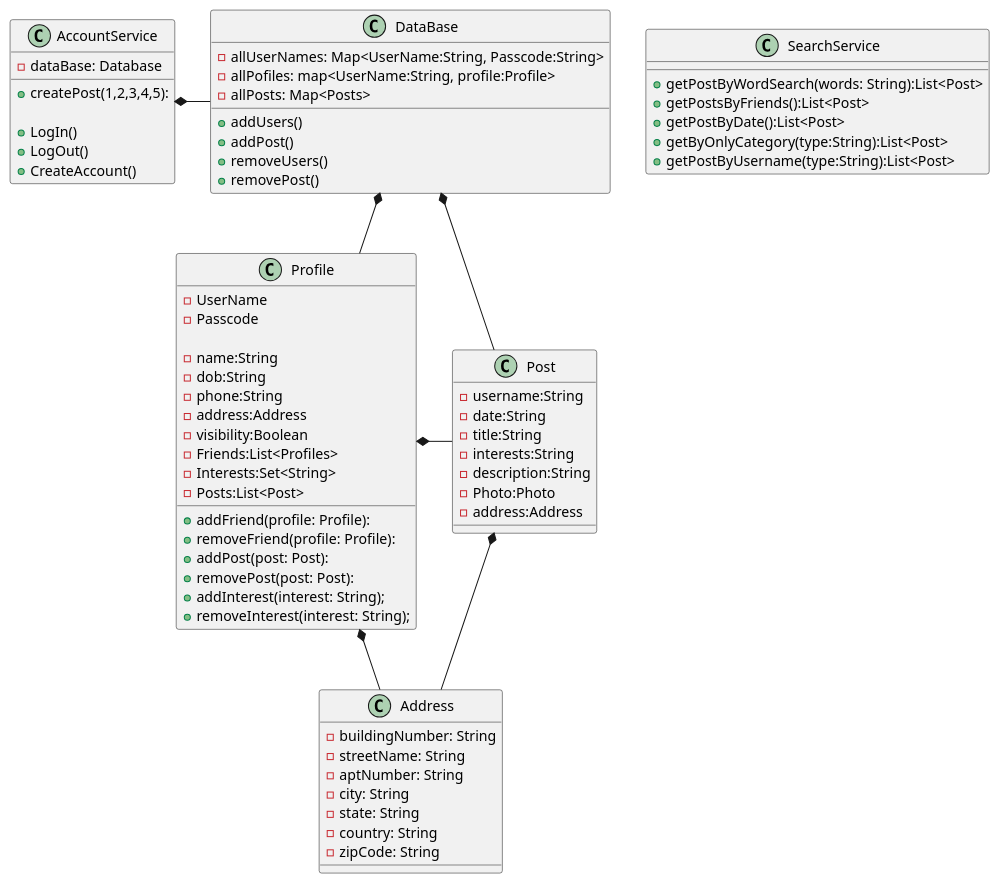
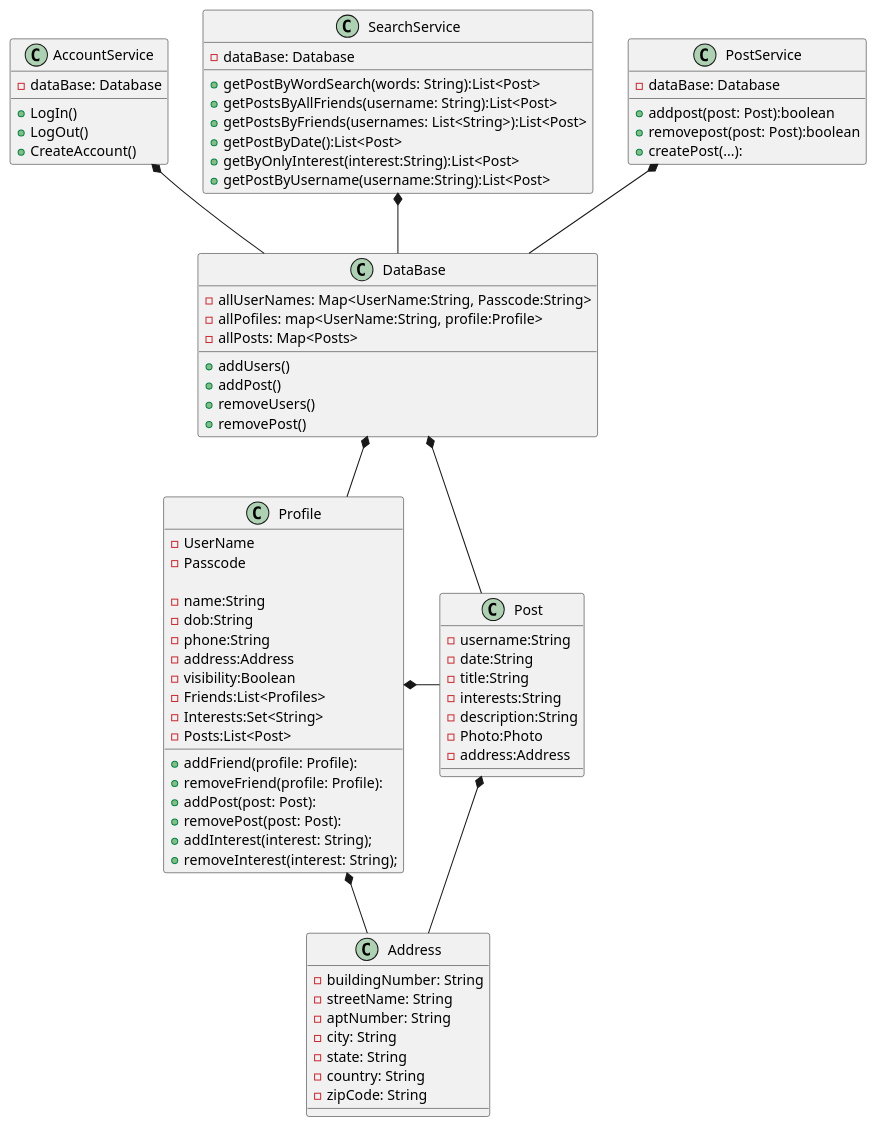
The diagram in src/main/resources/InterestServiceClassDiagram.puml (Fabdulla1/HobbyTree), drawn with PlantUML before and after one commit. The commit also changed 16 other files, not shown here.

Commit message:
Add Post Service and clean up

```diff
--- a/src/main/resources/InterestServiceClassDiagram.puml
+++ b/src/main/resources/InterestServiceClassDiagram.puml
@@ -1,86 +1,96 @@
 @startuml
 'https://plantuml.com/class-diagram
 
 class DataBase {
     -allUserNames: Map<UserName:String, Passcode:String>
     -allPofiles: map<UserName:String, profile:Profile>
     -allPosts: Map<Posts>
 
     + addUsers()
     + addPost()
     + removeUsers()
     + removePost()
 }
 
 class Profile {
     - UserName
     - Passcode
 
     - name:String
     - dob:String
     - phone:String
     - address:Address
     - visibility:Boolean
     - Friends:List<Profiles>
     - Interests:Set<String>
     - Posts:List<Post>
 
     + addFriend(profile: Profile):
     + removeFriend(profile: Profile):
     + addPost(post: Post):
     + removePost(post: Post):
     + addInterest(interest: String);
     + removeInterest(interest: String);
 
 }
 
 class Post {
     - username:String
     - date:String
     - title:String
     - interests:String
     - description:String
     - Photo:Photo
     - address:Address
 }
 
 class Address {
     - buildingNumber: String
     - streetName: String
     - aptNumber: String
     - city: String
     - state: String
     - country: String
     - zipCode: String
 }
 
 class AccountService {
     - dataBase: Database
 
-    + createPost(1,2,3,4,5):
-
     + LogIn()
     + LogOut()
     + CreateAccount()
 }
 
 class SearchService {
+    - dataBase: Database
+
     + getPostByWordSearch(words: String):List<Post>
-    + getPostsByFriends():List<Post>
+    + getPostsByAllFriends(username: String):List<Post>
+    + getPostsByFriends(usernames: List<String>):List<Post>
     + getPostByDate():List<Post>
-    + getByOnlyCategory(type:String):List<Post>
-    + getPostByUsername(type:String):List<Post>
-
+    + getByOnlyInterest(interest:String):List<Post>
+    + getPostByUsername(username:String):List<Post>
 }
 
-AccountService *- DataBase
+class PostService{
+    - dataBase: Database
+
+    + addpost(post: Post):boolean
+    + removepost(post: Post):boolean
+    + createPost(...):
+}
+
+AccountService *-- DataBase
+SearchService *-- DataBase
+PostService *-- DataBase
 
 DataBase *-- Profile
 DataBase *-- Post
 
 Profile *- Post
 Profile *-- Address
 
 Post *- Address
 
 @enduml
```
